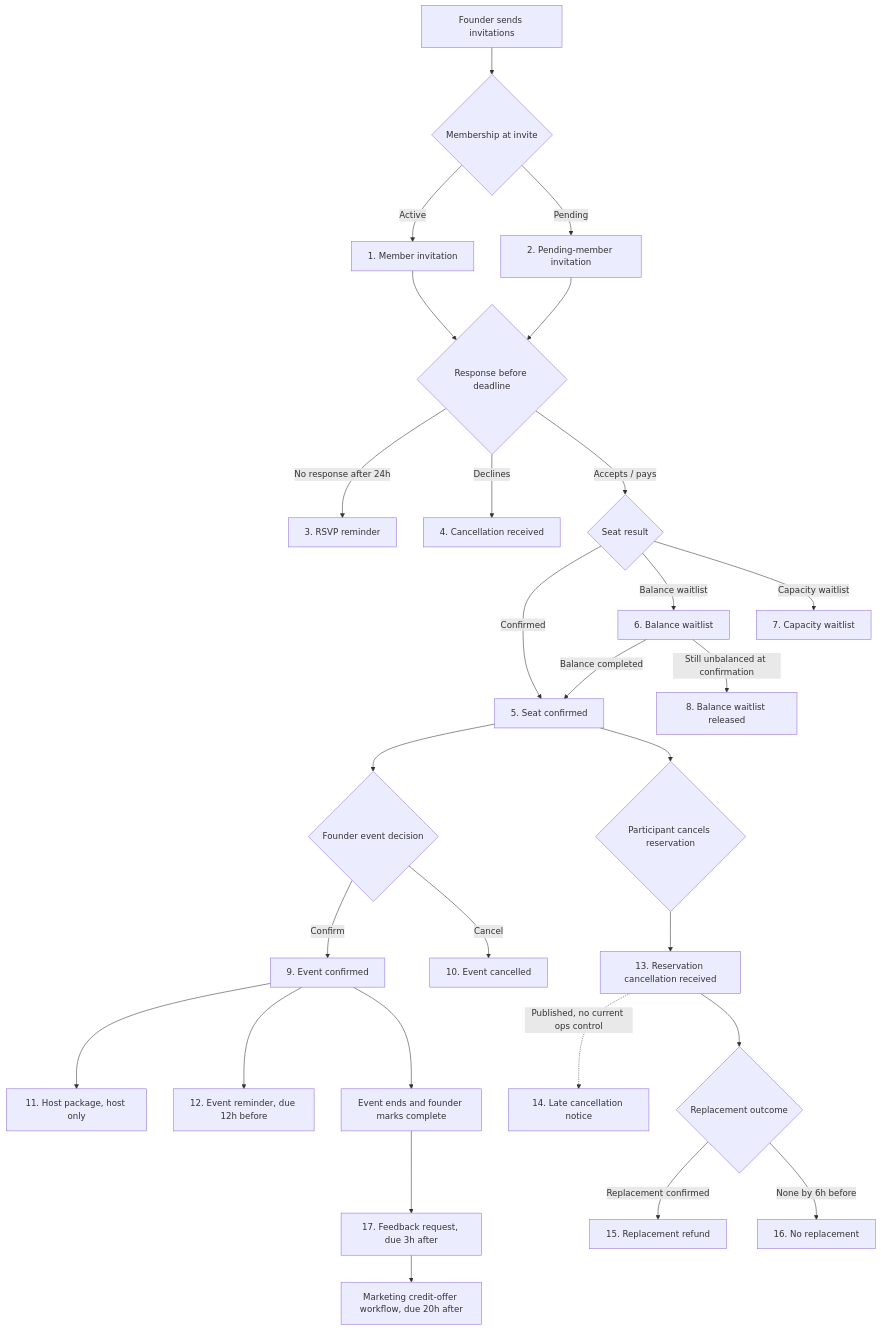
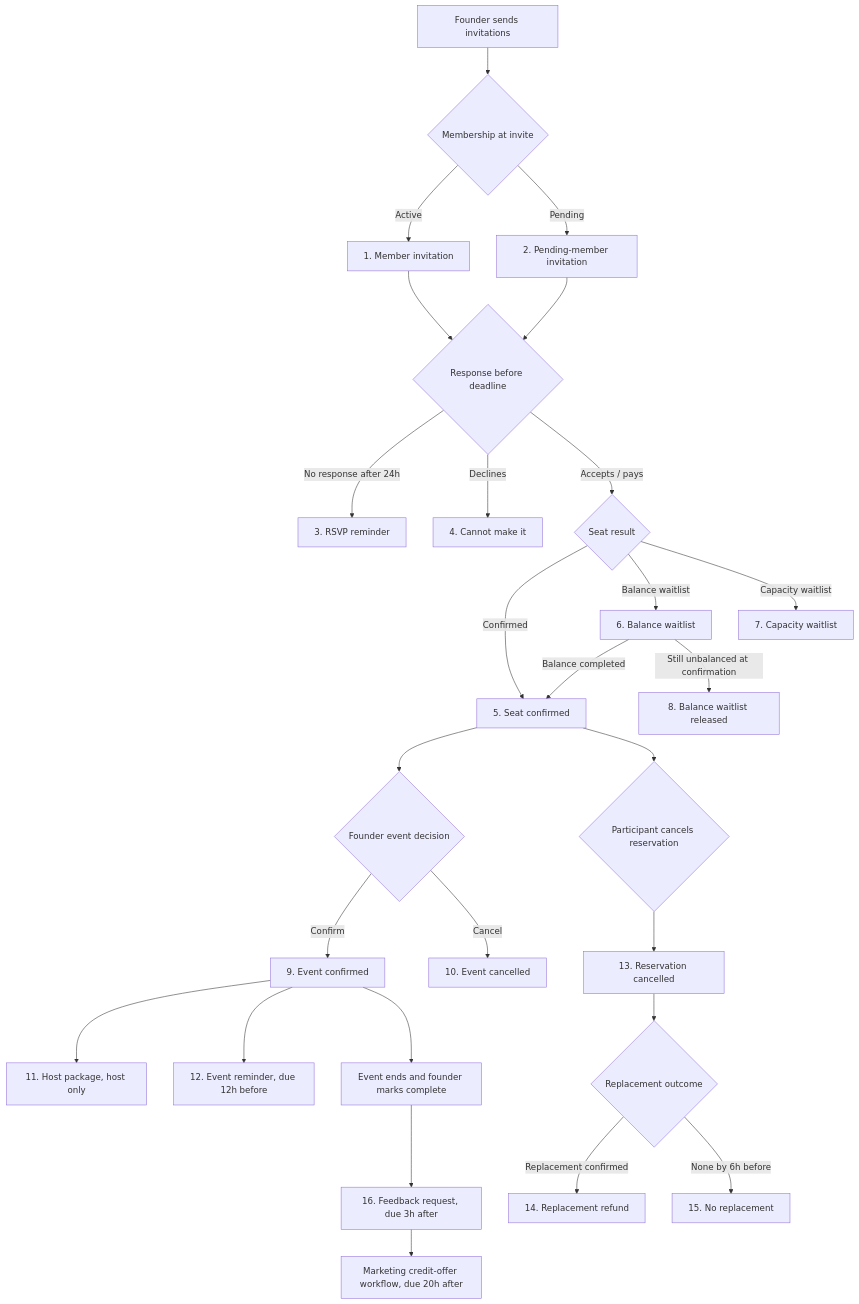
One commit to adrianpunkt/oneplusone-app changed the diagram in docs/events/event-transactional-email-sequence-en.md. Above: the diagram before and after it, drawn with Mermaid. The commit also changed other lines of this file and 13 other files, not shown here.

````diff
--- a/docs/events/event-transactional-email-sequence-en.md
+++ b/docs/events/event-transactional-email-sequence-en.md
@@ -30,30 +30,29 @@
 ```mermaid
 flowchart TD
   A["Founder sends invitations"] --> B{"Membership at invite"}
   B -->|Active| C["1. Member invitation"]
   B -->|Pending| D["2. Pending-member invitation"]
   C --> E{"Response before deadline"}
   D --> E
   E -->|No response after 24h| F["3. RSVP reminder"]
-  E -->|Declines| G["4. Cancellation received"]
+  E -->|Declines| G["4. Cannot make it"]
   E -->|Accepts / pays| H{"Seat result"}
   H -->|Confirmed| I["5. Seat confirmed"]
   H -->|Balance waitlist| J["6. Balance waitlist"]
   H -->|Capacity waitlist| K["7. Capacity waitlist"]
   J -->|Balance completed| I
   J -->|Still unbalanced at confirmation| L["8. Balance waitlist released"]
   I --> M{"Founder event decision"}
   M -->|Confirm| N["9. Event confirmed"]
   M -->|Cancel| O["10. Event cancelled"]
   N --> P["11. Host package, host only"]
   N --> Q["12. Event reminder, due 12h before"]
   I --> R{"Participant cancels reservation"}
-  R --> S["13. Reservation cancellation received"]
-  S -.->|Published, no current ops control| T["14. Late cancellation notice"]
+  R --> S["13. Reservation cancelled"]
   S --> U{"Replacement outcome"}
-  U -->|Replacement confirmed| V["15. Replacement refund"]
-  U -->|None by 6h before| W["16. No replacement"]
+  U -->|Replacement confirmed| V["14. Replacement refund"]
+  U -->|None by 6h before| W["15. No replacement"]
   N --> X["Event ends and founder marks complete"]
-  X --> Y["17. Feedback request, due 3h after"]
+  X --> Y["16. Feedback request, due 3h after"]
   Y --> Z["Marketing credit-offer workflow, due 20h after"]
 ```
````
